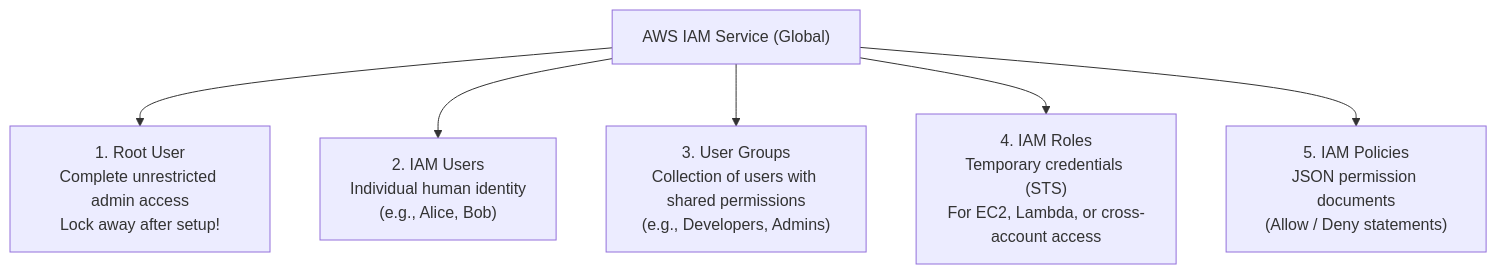
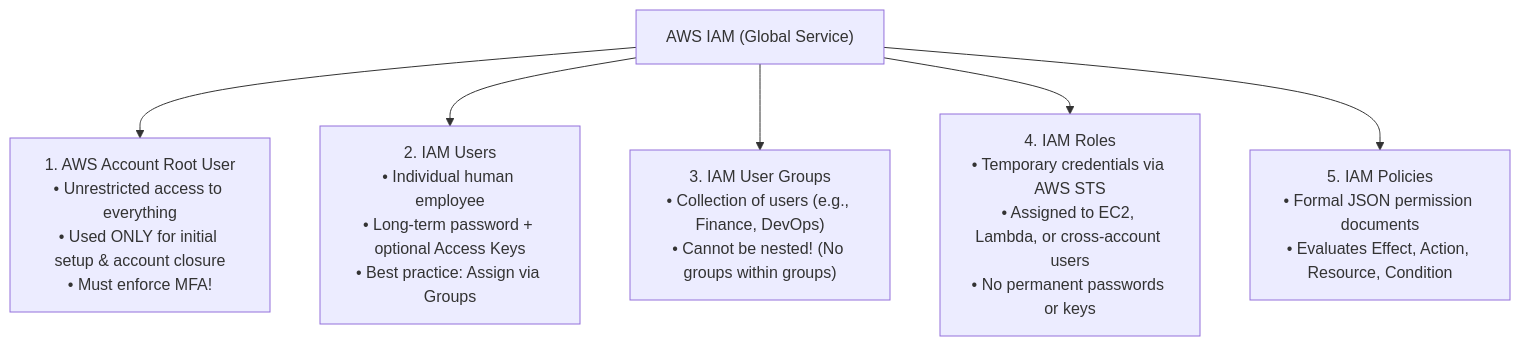
One commit to fakhruldeen/AWS changed the second of 3 diagrams in Cloud/Practitioner/CLF-C02/06_Explanations/02_Security_and_Compliance/AWS_IAM_and_Identity.md. Above: the diagram before and after it, drawn with Mermaid. The commit also changed other lines of this file and 18 other files, not shown here.

````diff
--- a/Cloud/Practitioner/CLF-C02/06_Explanations/02_Security_and_Compliance/AWS_IAM_and_Identity.md
+++ b/Cloud/Practitioner/CLF-C02/06_Explanations/02_Security_and_Compliance/AWS_IAM_and_Identity.md
@@ -23,10 +62,10 @@
 ```mermaid
 graph TD
-    IAM["AWS IAM Service (Global)"]
+    IAM["AWS IAM (Global Service)"]
     
-    IAM --> Root["1. Root User\nComplete unrestricted admin access\nLock away after setup!"]
-    IAM --> Users["2. IAM Users\nIndividual human identity\n(e.g., Alice, Bob)"]
-    IAM --> Groups["3. User Groups\nCollection of users with shared permissions\n(e.g., Developers, Admins)"]
-    IAM --> Roles["4. IAM Roles\nTemporary credentials (STS)\nFor EC2, Lambda, or cross-account access"]
-    IAM --> Policies["5. IAM Policies\nJSON permission documents\n(Allow / Deny statements)"]
+    IAM --> Root["1. AWS Account Root User<br/>• Unrestricted access to everything<br/>• Used ONLY for initial setup & account closure<br/>• Must enforce MFA!"]
+    IAM --> Users["2. IAM Users<br/>• Individual human employee<br/>• Long-term password + optional Access Keys<br/>• Best practice: Assign via Groups"]
+    IAM --> Groups["3. IAM User Groups<br/>• Collection of users (e.g., Finance, DevOps)<br/>• Cannot be nested! (No groups within groups)"]
+    IAM --> Roles["4. IAM Roles<br/>• Temporary credentials via AWS STS<br/>• Assigned to EC2, Lambda, or cross-account users<br/>• No permanent passwords or keys"]
+    IAM --> Policies["5. IAM Policies<br/>• Formal JSON permission documents<br/>• Evaluates Effect, Action, Resource, Condition"]
 ```
````
